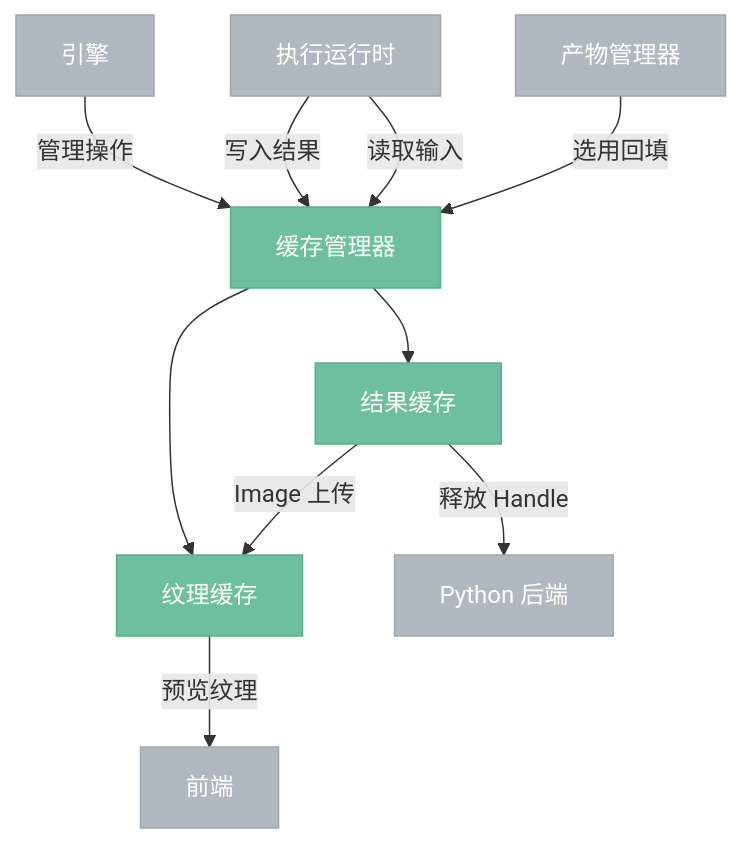
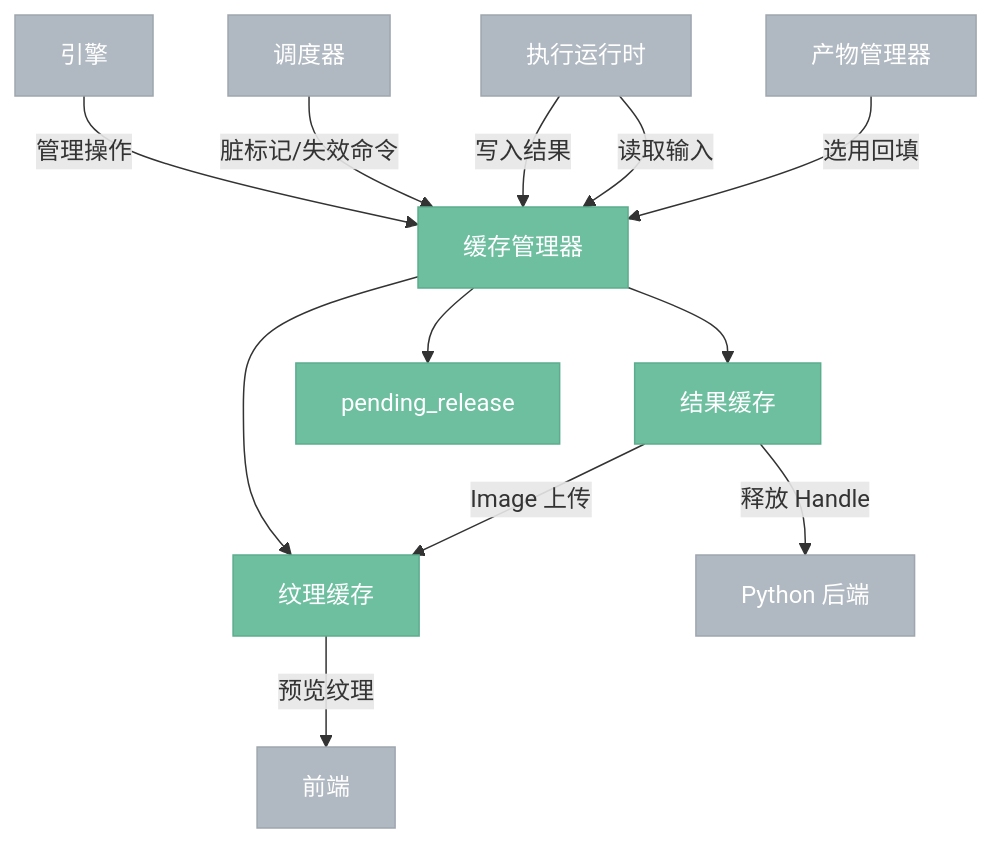
Before and after one commit to aporicho/nodeimg: the first of 4 diagrams in docs/target/4.5.0-cache.impl.md, drawn with Mermaid. The commit also changed other lines of this file and 32 other files, not shown here.

````diff
--- a/docs/target/4.5.0-cache.impl.md
+++ b/docs/target/4.5.0-cache.impl.md
@@ -7,18 +7,20 @@
 ```mermaid
 %%{ init: { 'flowchart': { 'curve': 'basis' } } }%%
 flowchart TB
     classDef internal fill:#6DBFA0,stroke:#5BAD8E,color:#fff
     classDef external fill:#B0B8C1,stroke:#9EA6AF,color:#fff
 
     引擎["引擎"]:::external -->|"管理操作"| 缓存["缓存管理器"]:::internal
+    调度器["调度器"]:::external -->|"脏标记/失效命令"| 缓存
     运行时["执行运行时"]:::external -->|"写入结果"| 缓存
     运行时 -->|"读取输入"| 缓存
     产物["产物管理器"]:::external -->|"选用回填"| 缓存
 
     缓存 --> 结果缓存["结果缓存"]:::internal
     缓存 --> 纹理缓存["纹理缓存"]:::internal
+    缓存 --> 释放队列["pending_release"]:::internal
 
     结果缓存 -->|"Image 上传"| 纹理缓存
+    结果缓存 -->|"释放 Handle"| Python["Python 后端"]:::external
     纹理缓存 -->|"预览纹理"| 前端["前端"]:::external
-    结果缓存 -->|"释放 Handle"| Python["Python 后端"]:::external
 ```
````
